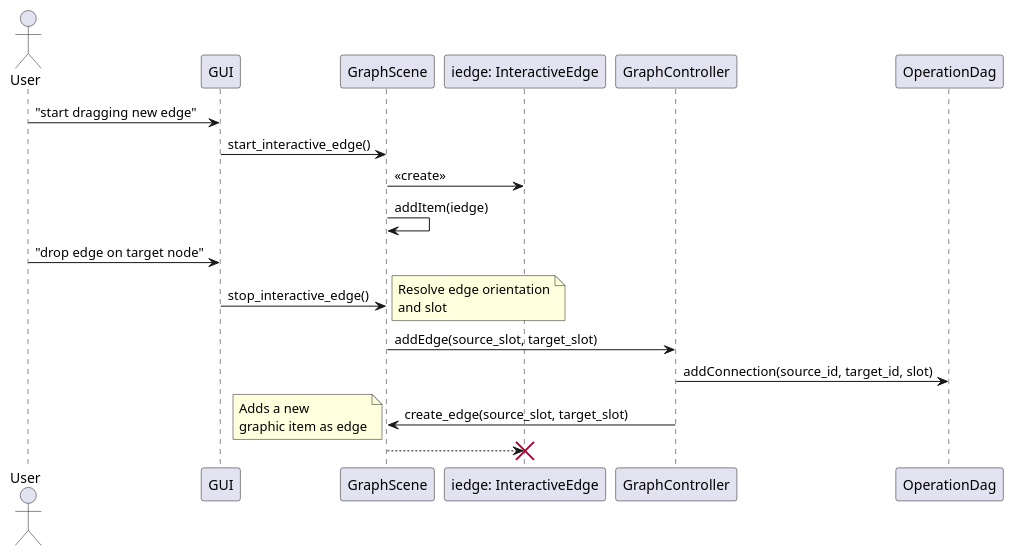
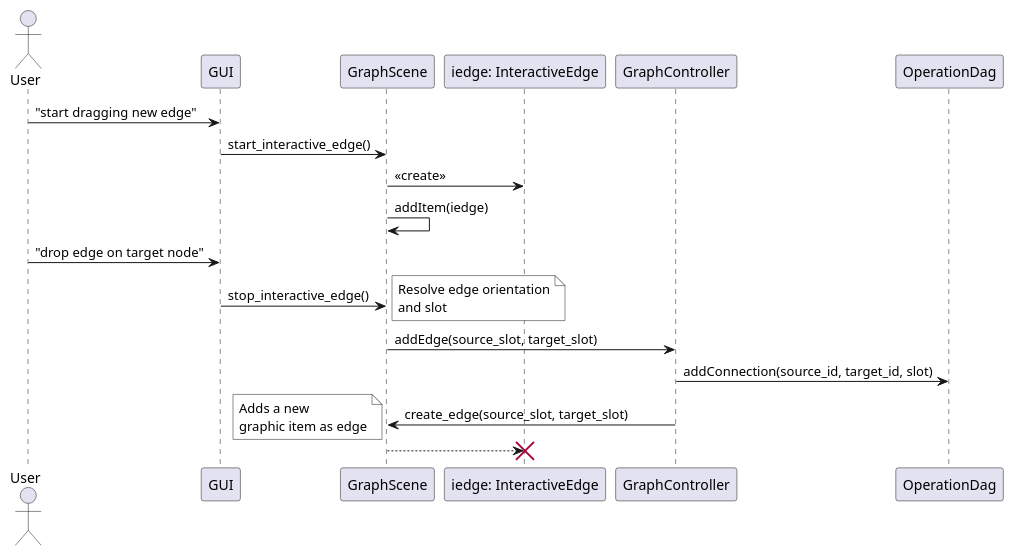
Before and after one commit to alezanga/dataMole: the second of 7 diagrams in uml/controller.puml, drawn with PlantUML. The commit also changed other lines of this file and 4 other files, not shown here.

Commit message:
uml edited

```diff
--- a/uml/controller.puml
+++ b/uml/controller.puml
@@ -22,19 +22,19 @@
 @startuml connection_add
 
 actor User
 
 User -> GUI: "start dragging new edge"
 GUI -> GraphScene: start_interactive_edge()
 GraphScene -> "iedge: InteractiveEdge" as iedge: <<create>>
 GraphScene -> GraphScene: addItem(iedge)
 User -> GUI: "drop edge on target node"
 GUI -> GraphScene: stop_interactive_edge()
-note right: Resolve edge orientation\nand slot
+note right #White: Resolve edge orientation\nand slot
 GraphScene -> GraphController: addEdge(source_slot, target_slot)
 GraphController -> OperationDag: addConnection(source_id, target_id, slot)
 GraphController -> GraphScene: create_edge(source_slot, target_slot)
-note left: Adds a new\ngraphic item as edge
+note left #White: Adds a new\ngraphic item as edge
 GraphScene --> iedge
 destroy iedge
 
 @enduml
```
